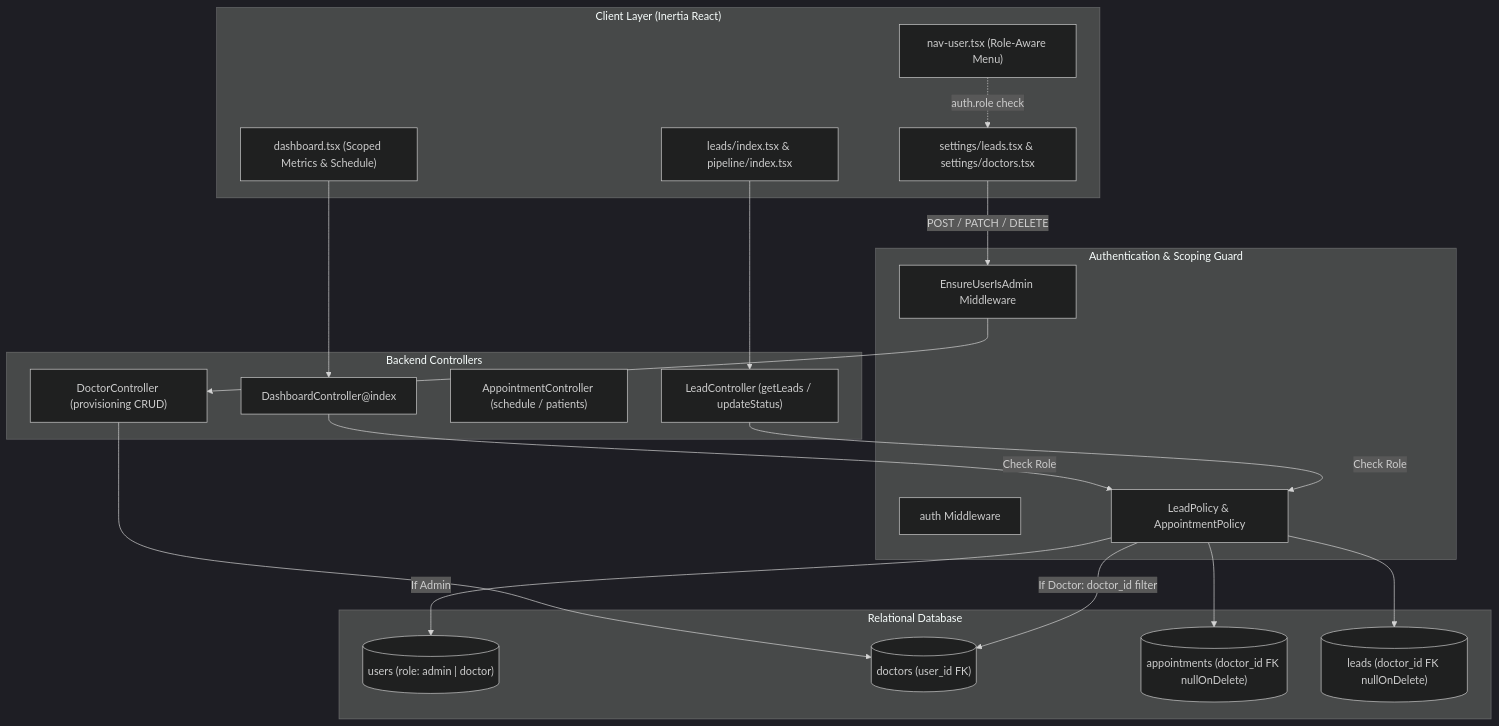
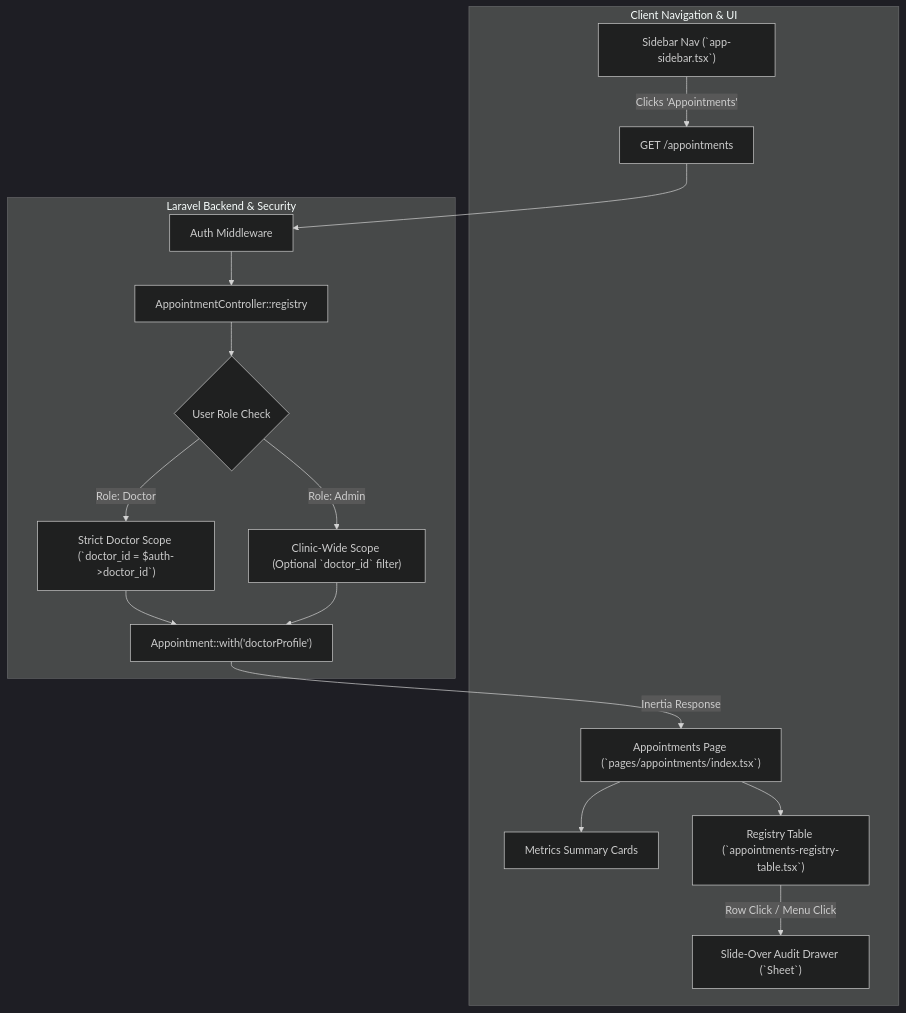
Before and after one commit to Allwyn46/medipro_laravel_backend: the diagram in design_draft.md, drawn with Mermaid (dark theme). The commit also changed other lines of this file and 40 other files, not shown here.

Commit message:
Added appointment page

````diff
--- a/design_draft.md
+++ b/design_draft.md
@@ -90,45 +78,31 @@
 ```mermaid
 flowchart TD
-    subgraph Client ["Client Layer (Inertia React)"]
-        UserNav["nav-user.tsx (Role-Aware Menu)"]
-        Dashboard["dashboard.tsx (Scoped Metrics & Schedule)"]
-        LeadsPage["leads/index.tsx & pipeline/index.tsx"]
-        SettingsPage["settings/leads.tsx & settings/doctors.tsx"]
+    subgraph ClientNavigation["Client Navigation & UI"]
+        Sidebar["Sidebar Nav (`app-sidebar.tsx`)"] -->|Clicks 'Appointments'| RouteReq["GET /appointments"]
+        AppPage["Appointments Page (`pages/appointments/index.tsx`)"]
+        MetricsBar["Metrics Summary Cards"]
+        TableComponent["Registry Table (`appointments-registry-table.tsx`)"]
+        AuditDrawer["Slide-Over Audit Drawer (`Sheet`)"]
     end
 
-    subgraph AuthLayer ["Authentication & Scoping Guard"]
-        AuthMiddleware["auth Middleware"]
-        AdminMiddleware["EnsureUserIsAdmin Middleware"]
-        Policies["LeadPolicy & AppointmentPolicy"]
+    subgraph BackendRouting["Laravel Backend & Security"]
+        AuthMiddleware["Auth Middleware"]
+        Controller["AppointmentController::registry"]
+        RoleCheck{"User Role Check"}
+        DocScope["Strict Doctor Scope (`doctor_id = $auth->doctor_id`)"]
+        AdminScope["Clinic-Wide Scope (Optional `doctor_id` filter)"]
+        EloquentQuery["Appointment::with('doctorProfile')"]
     end
 
-    subgraph Controllers ["Backend Controllers"]
-        DashCtrl["DashboardController@index"]
-        LeadCtrl["LeadController (getLeads / updateStatus)"]
-        ApptCtrl["AppointmentController (schedule / patients)"]
-        DocCtrl["DoctorController (provisioning CRUD)"]
-    end
-
-    subgraph Database ["Relational Database"]
-        DBUsers[("users (role: admin | doctor)")]
-        DBDoctors[("doctors (user_id FK)")]
-        DBAppts[("appointments (doctor_id FK nullOnDelete)")]
-        DBLeads[("leads (doctor_id FK nullOnDelete)")]
-    end
-
-    UserNav -.->|auth.role check| SettingsPage
-    SettingsPage -->|POST / PATCH / DELETE| AdminMiddleware
-    AdminMiddleware --> DocCtrl
-    DocCtrl --> DBDoctors
-
-    Dashboard --> DashCtrl
-    LeadsPage --> LeadCtrl
-
-    DashCtrl -->|Check Role| Policies
-    LeadCtrl -->|Check Role| Policies
-
-    Policies -->|If Admin| DBUsers
-    Policies -->|If Doctor: doctor_id filter| DBDoctors
-    Policies --> DBAppts
-    Policies --> DBLeads
+    RouteReq --> AuthMiddleware
+    AuthMiddleware --> Controller
+    Controller --> RoleCheck
+    RoleCheck -->|Role: Doctor| DocScope
+    RoleCheck -->|Role: Admin| AdminScope
+    DocScope --> EloquentQuery
+    AdminScope --> EloquentQuery
+    EloquentQuery -->|Inertia Response| AppPage
+    AppPage --> MetricsBar
+    AppPage --> TableComponent
+    TableComponent -->|Row Click / Menu Click| AuditDrawer
 ```
````
